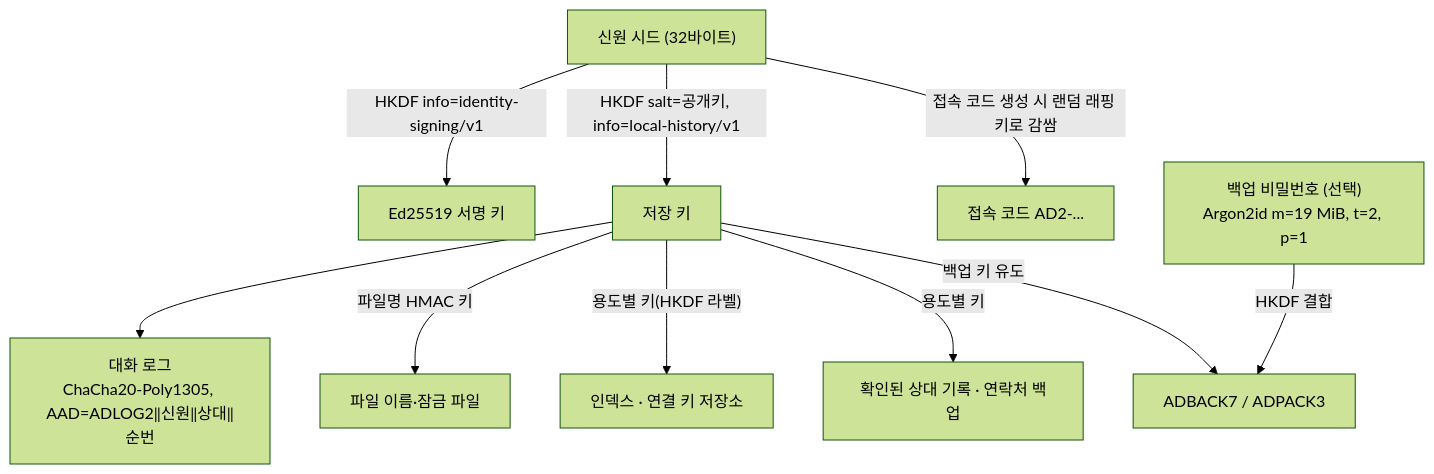
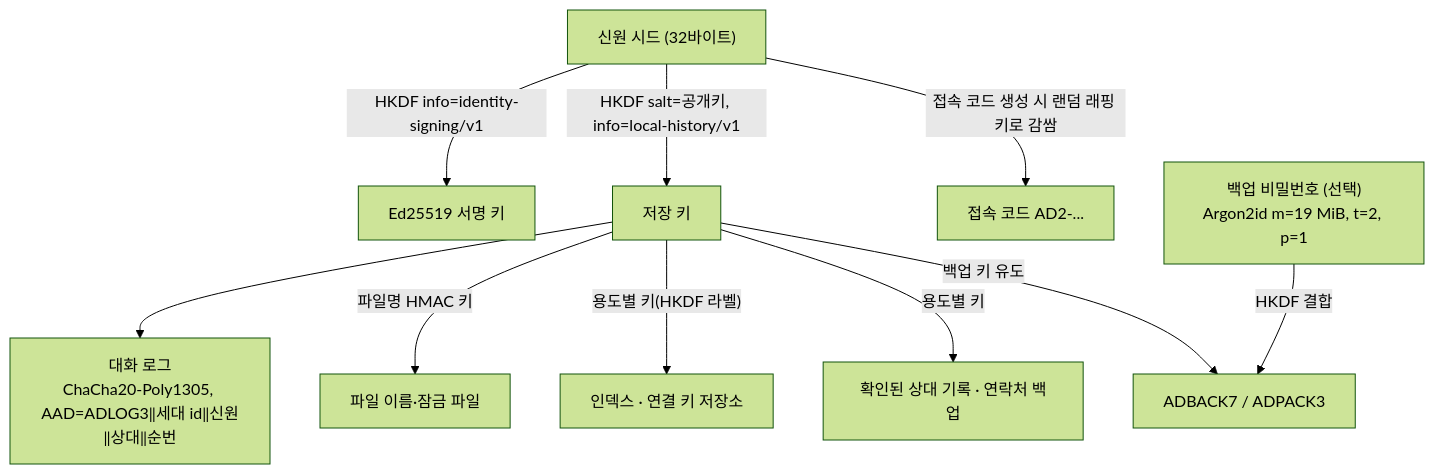
Before and after one commit to answndud/another-dimension-v2: the third of 3 diagrams in docs/architecture.md, drawn with Mermaid (forest theme). The commit also changed other lines of this file and 7 other files, not shown here.

````diff
--- a/docs/architecture.md
+++ b/docs/architecture.md
@@ -106,13 +106,13 @@
 ```mermaid
 flowchart TB
     SEED["신원 시드 (32바이트)"]
     SEED -->|"HKDF info=identity-signing/v1"| SIGN["Ed25519 서명 키"]
     SEED -->|"HKDF salt=공개키, info=local-history/v1"| STORE["저장 키"]
     SEED -->|"접속 코드 생성 시 랜덤 래핑 키로 감쌈"| CODE["접속 코드 AD2-..."]
-    STORE --> LOG["대화 로그<br/>ChaCha20-Poly1305, AAD=ADLOG2‖신원‖상대‖순번"]
+    STORE --> LOG["대화 로그<br/>ChaCha20-Poly1305, AAD=ADLOG3‖세대 id‖신원‖상대‖순번"]
     STORE -->|"파일명 HMAC 키"| NAMES["파일 이름·잠금 파일"]
     STORE -->|"용도별 키(HKDF 라벨)"| IDX["인덱스 · 연결 키 저장소"]
     STORE -->|"용도별 키"| CONT["확인된 상대 기록 · 연락처 백업"]
     STORE -->|"백업 키 유도"| BAK["ADBACK7 / ADPACK3"]
     PW["백업 비밀번호 (선택)<br/>Argon2id m=19 MiB, t=2, p=1"] -->|"HKDF 결합"| BAK
 ```
````
